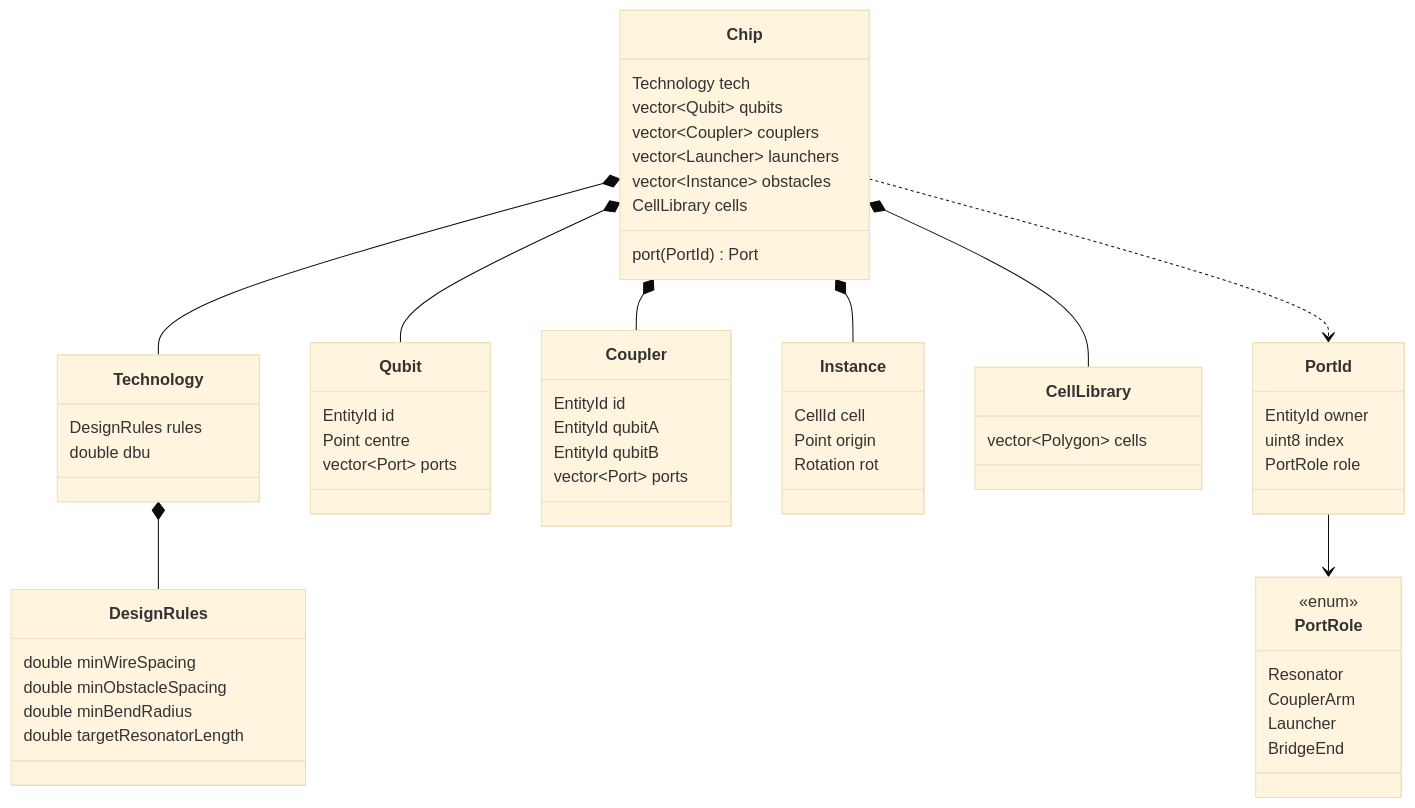
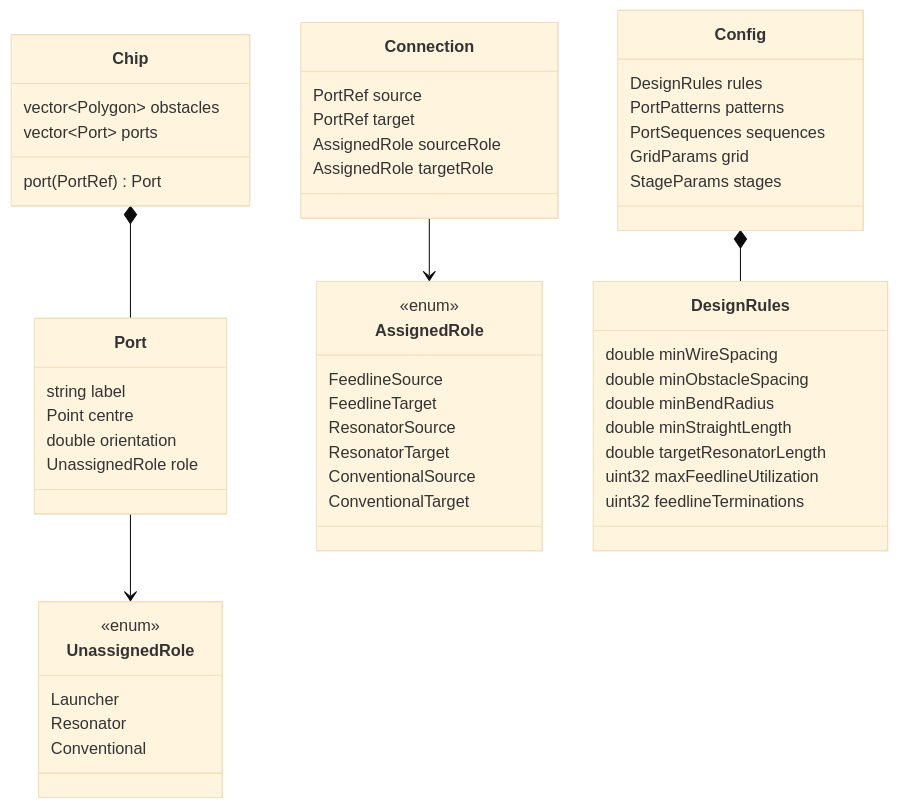
Before and after one commit to munich-quantum-toolkit/scpd: the diagram in docs/design/data-model.md, drawn with Mermaid (base theme). The commit also changed other lines of this file and 18 other files, not shown here.

Commit message:
📝 Changed Architecture for review ready version

````diff
--- a/docs/design/data-model.md
+++ b/docs/design/data-model.md
@@ -27,62 +34,56 @@
 ```mermaid
 classDiagram
-  class PortId {
-    EntityId owner
-    uint8 index
-    PortRole role
+  class Chip {
+    vector~Polygon~ obstacles
+    vector~Port~ ports
+    port(PortRef) Port
   }
-  class PortRole {
+  class Port {
+    string label
+    Point centre
+    double orientation
+    UnassignedRole role
+  }
+  class UnassignedRole {
     <<enum>>
+    Launcher
     Resonator
-    CouplerArm
-    Launcher
-    BridgeEnd
+    Conventional
   }
-  class Chip {
-    Technology tech
-    vector~Qubit~ qubits
-    vector~Coupler~ couplers
-    vector~Launcher~ launchers
-    vector~Instance~ obstacles
-    CellLibrary cells
-    port(PortId) Port
+  class AssignedRole {
+    <<enum>>
+    FeedlineSource
+    FeedlineTarget
+    ResonatorSource
+    ResonatorTarget
+    ConventionalSource
+    ConventionalTarget
   }
-  class Qubit {
-    EntityId id
-    Point centre
-    vector~Port~ ports
-  }
-  class Coupler {
-    EntityId id
-    EntityId qubitA
-    EntityId qubitB
-    vector~Port~ ports
-  }
-  class Instance {
-    CellId cell
-    Point origin
-    Rotation rot
-  }
-  class CellLibrary {
-    vector~Polygon~ cells
-  }
-  class Technology {
-    DesignRules rules
-    double dbu
+  class Connection {
+    PortRef source
+    PortRef target
+    AssignedRole sourceRole
+    AssignedRole targetRole
   }
   class DesignRules {
     double minWireSpacing
     double minObstacleSpacing
     double minBendRadius
+    double minStraightLength
     double targetResonatorLength
+    uint32 maxFeedlineUtilization
+    uint32 feedlineTerminations
+  }
+  class Config {
+    DesignRules rules
+    PortPatterns patterns
+    PortSequences sequences
+    GridParams grid
+    StageParams stages
   }
 
-  Chip *-- Technology
-  Chip *-- CellLibrary
-  Chip *-- Instance
-  Chip *-- Qubit
-  Chip *-- Coupler
-  Technology *-- DesignRules
-  PortId --> PortRole
-  Chip ..> PortId
+  Chip *-- Port
+  Port --> UnassignedRole
+  Connection --> AssignedRole
+  Config *-- DesignRules
 ```
````
